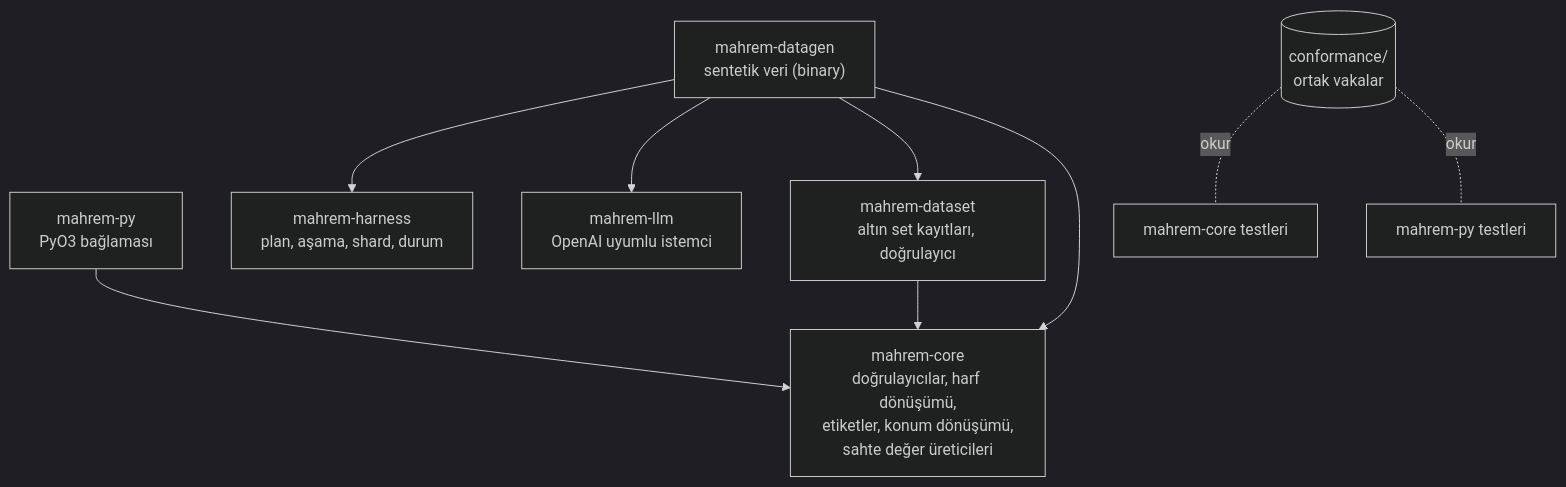
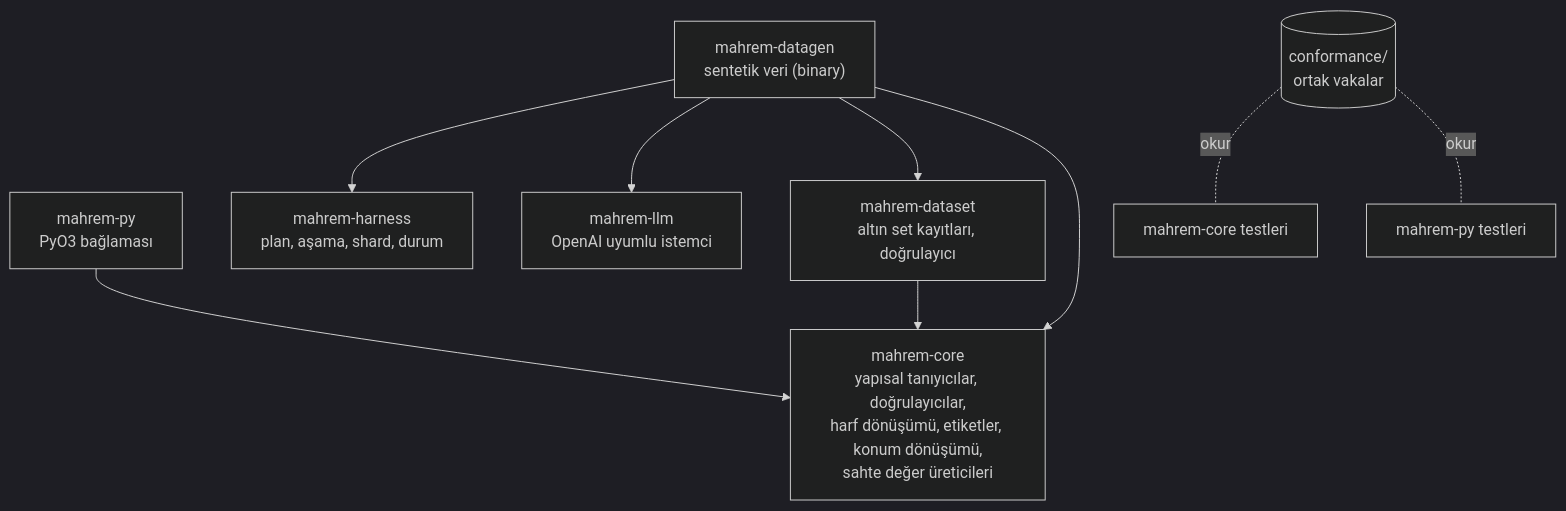
The diagram in docs/architecture.md (thebozturk/mahrem), drawn with Mermaid (dark theme) before and after one commit. The commit also changed other lines of this file and 21 other files, not shown here.

````diff
--- a/docs/architecture.md
+++ b/docs/architecture.md
@@ -7,11 +7,11 @@
 ```mermaid
 flowchart TD
-    Py["mahrem-py<br/>PyO3 bağlaması"] --> Core["mahrem-core<br/>doğrulayıcılar, harf dönüşümü,<br/>etiketler, konum dönüşümü,<br/>sahte değer üreticileri"]
+    Py["mahrem-py<br/>PyO3 bağlaması"] --> Core["mahrem-core<br/>yapısal tanıyıcılar, doğrulayıcılar,<br/>harf dönüşümü, etiketler, konum dönüşümü,<br/>sahte değer üreticileri"]
     Dataset["mahrem-dataset<br/>altın set kayıtları, doğrulayıcı"] --> Core
     Datagen["mahrem-datagen<br/>sentetik veri (binary)"] --> Harness["mahrem-harness<br/>plan, aşama, shard, durum"]
     Datagen --> Llm["mahrem-llm<br/>OpenAI uyumlu istemci"]
     Datagen --> Dataset
     Datagen --> Core
     Conf[("conformance/<br/>ortak vakalar")] -. "okur" .- CoreTest["mahrem-core testleri"]
     Conf -. "okur" .- PyTest["mahrem-py testleri"]
 ```
````
